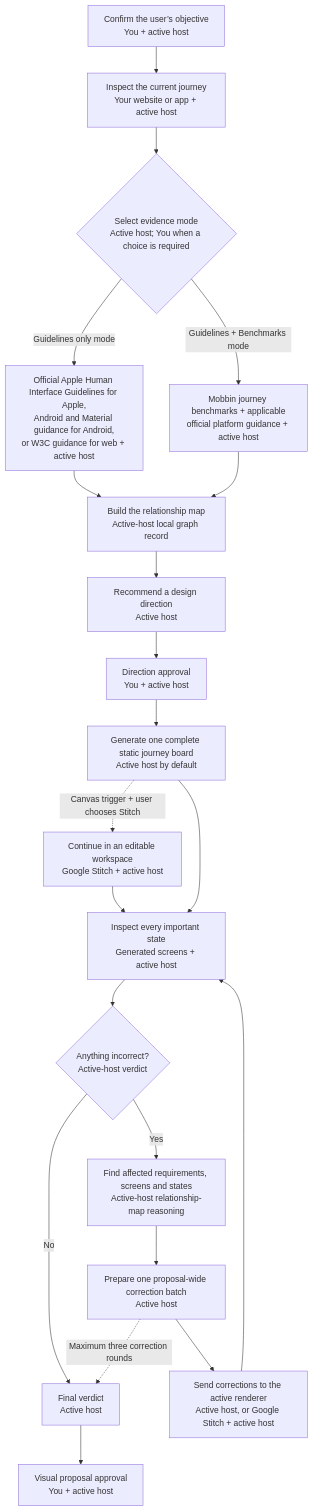
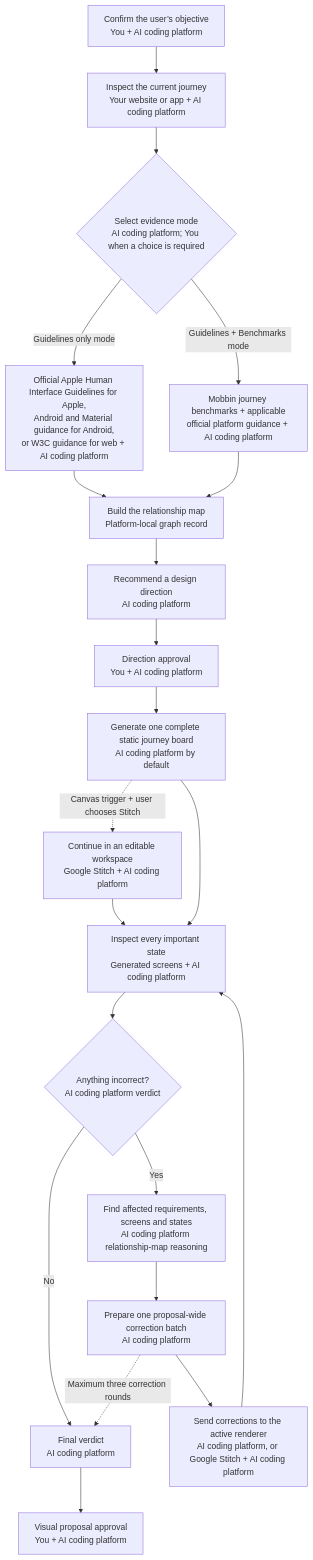
One commit to friedbeef1/mobbin-apple-guidelines-stitch changed the diagram in docs/using-design-arc.md. Above: the diagram before and after it, drawn with Mermaid. The commit also changed other lines of this file and 13 other files, not shown here.

````diff
--- a/docs/using-design-arc.md
+++ b/docs/using-design-arc.md
@@ -69,27 +69,27 @@
 ```mermaid
 flowchart TD
-    A["Confirm the user’s objective<br/>You + active host"] --> B["Inspect the current journey<br/>Your website or app + active host"]
-    B --> C{"Select evidence mode<br/>Active host; You when a choice is required"}
-    C -- "Guidelines only mode" --> C1["Official Apple Human Interface Guidelines for Apple,<br/>Android and Material guidance for Android,<br/>or W3C guidance for web + active host"]
-    C -- "Guidelines + Benchmarks mode" --> C2["Mobbin journey benchmarks + applicable<br/>official platform guidance + active host"]
-    C1 --> D["Build the relationship map<br/>Active-host local graph record"]
+    A["Confirm the user’s objective<br/>You + AI coding platform"] --> B["Inspect the current journey<br/>Your website or app + AI coding platform"]
+    B --> C{"Select evidence mode<br/>AI coding platform; You when a choice is required"}
+    C -- "Guidelines only mode" --> C1["Official Apple Human Interface Guidelines for Apple,<br/>Android and Material guidance for Android,<br/>or W3C guidance for web + AI coding platform"]
+    C -- "Guidelines + Benchmarks mode" --> C2["Mobbin journey benchmarks + applicable<br/>official platform guidance + AI coding platform"]
+    C1 --> D["Build the relationship map<br/>Platform-local graph record"]
     C2 --> D
 
-    D --> E["Recommend a design direction<br/>Active host"]
-    E --> F["Direction approval<br/>You + active host"]
-    F --> G["Generate one complete static journey board<br/>Active host by default"]
-    G -. "Canvas trigger + user chooses Stitch" .-> GS["Continue in an editable workspace<br/>Google Stitch + active host"]
+    D --> E["Recommend a design direction<br/>AI coding platform"]
+    E --> F["Direction approval<br/>You + AI coding platform"]
+    F --> G["Generate one complete static journey board<br/>AI coding platform by default"]
+    G -. "Canvas trigger + user chooses Stitch" .-> GS["Continue in an editable workspace<br/>Google Stitch + AI coding platform"]
     GS --> H
 
-    G --> H["Inspect every important state<br/>Generated screens + active host"]
-    H --> I{"Anything incorrect?<br/>Active-host verdict"}
+    G --> H["Inspect every important state<br/>Generated screens + AI coding platform"]
+    H --> I{"Anything incorrect?<br/>AI coding platform verdict"}
 
-    I -- "No" --> J["Final verdict<br/>Active host"]
-    I -- "Yes" --> K["Find affected requirements, screens and states<br/>Active-host relationship-map reasoning"]
-    K --> L["Prepare one proposal-wide correction batch<br/>Active host"]
-    L --> M["Send corrections to the active renderer<br/>Active host, or Google Stitch + active host"]
+    I -- "No" --> J["Final verdict<br/>AI coding platform"]
+    I -- "Yes" --> K["Find affected requirements, screens and states<br/>AI coding platform relationship-map reasoning"]
+    K --> L["Prepare one proposal-wide correction batch<br/>AI coding platform"]
+    L --> M["Send corrections to the active renderer<br/>AI coding platform, or Google Stitch + AI coding platform"]
     M --> H
 
-    J --> N["Visual proposal approval<br/>You + active host"]
+    J --> N["Visual proposal approval<br/>You + AI coding platform"]
     L -. "Maximum three correction rounds" .-> J
 ```
````
